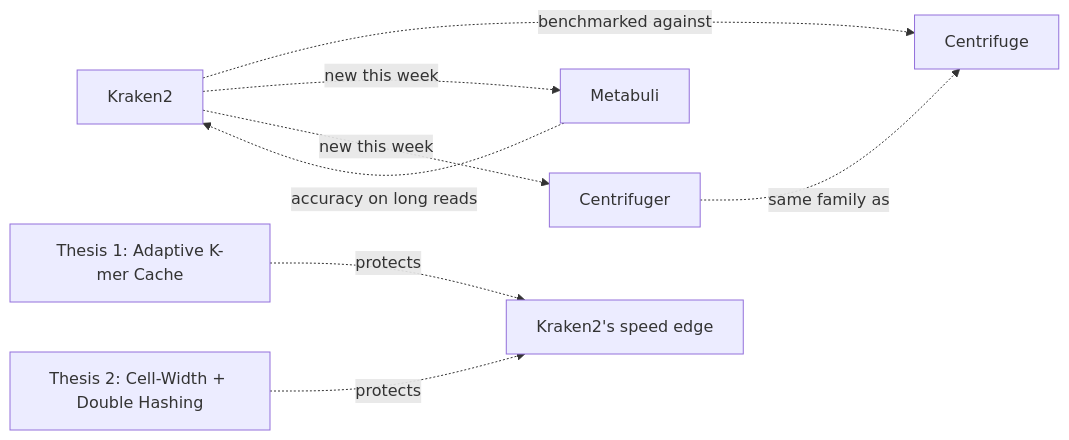
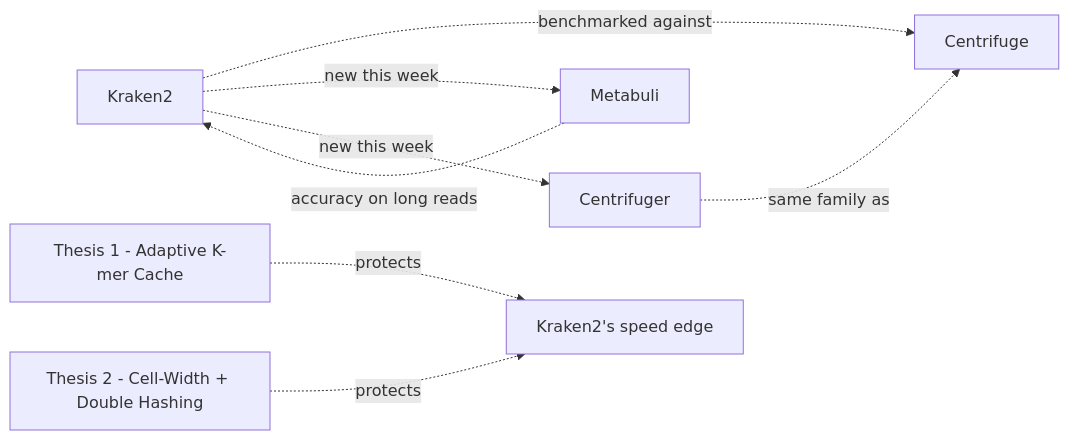
One commit to KathpaliaChirag/Nanopore-project changed the first of 9 diagrams in mtpweek2.md. Above: the diagram before and after it, drawn with Mermaid. The commit also changed other lines of this file, not shown here.

First line of the commit message:
docs: add diagrams, tradeoff-curve visual, and sourced citations to mtpweek2.md

````diff
--- a/mtpweek2.md
+++ b/mtpweek2.md
@@ -5,10 +5,10 @@
 ```mermaid
 flowchart LR
     K[Kraken2] -.benchmarked against.-> CF[Centrifuge]
     K -.new this week.-> MB[Metabuli]
     K -.new this week.-> CG[Centrifuger]
     MB -.accuracy on long reads.-> K
     CG -.same family as.-> CF
-    T1["Thesis 1: Adaptive K-mer Cache"] -.protects.-> Speed["Kraken2's speed edge"]
-    T2["Thesis 2: Cell-Width + Double Hashing"] -.protects.-> Speed
+    T1["Thesis 1 - Adaptive K-mer Cache"] -.protects.-> Speed["Kraken2's speed edge"]
+    T2["Thesis 2 - Cell-Width + Double Hashing"] -.protects.-> Speed
 ```
````
